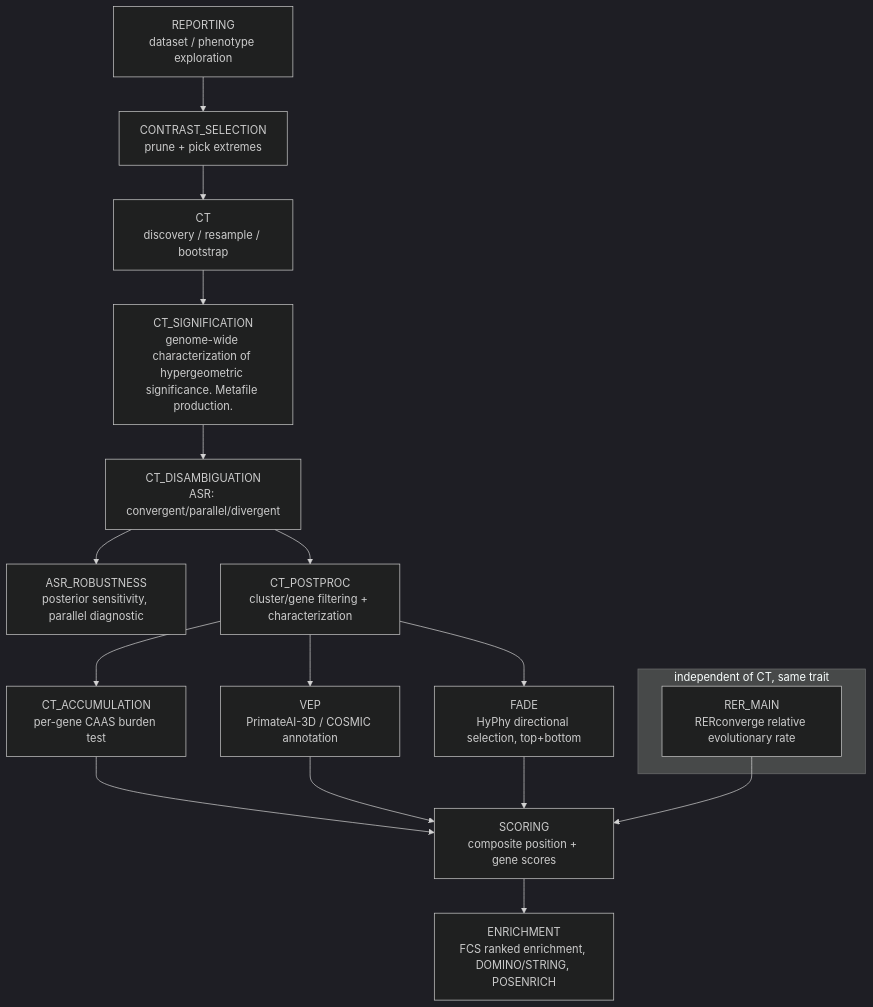
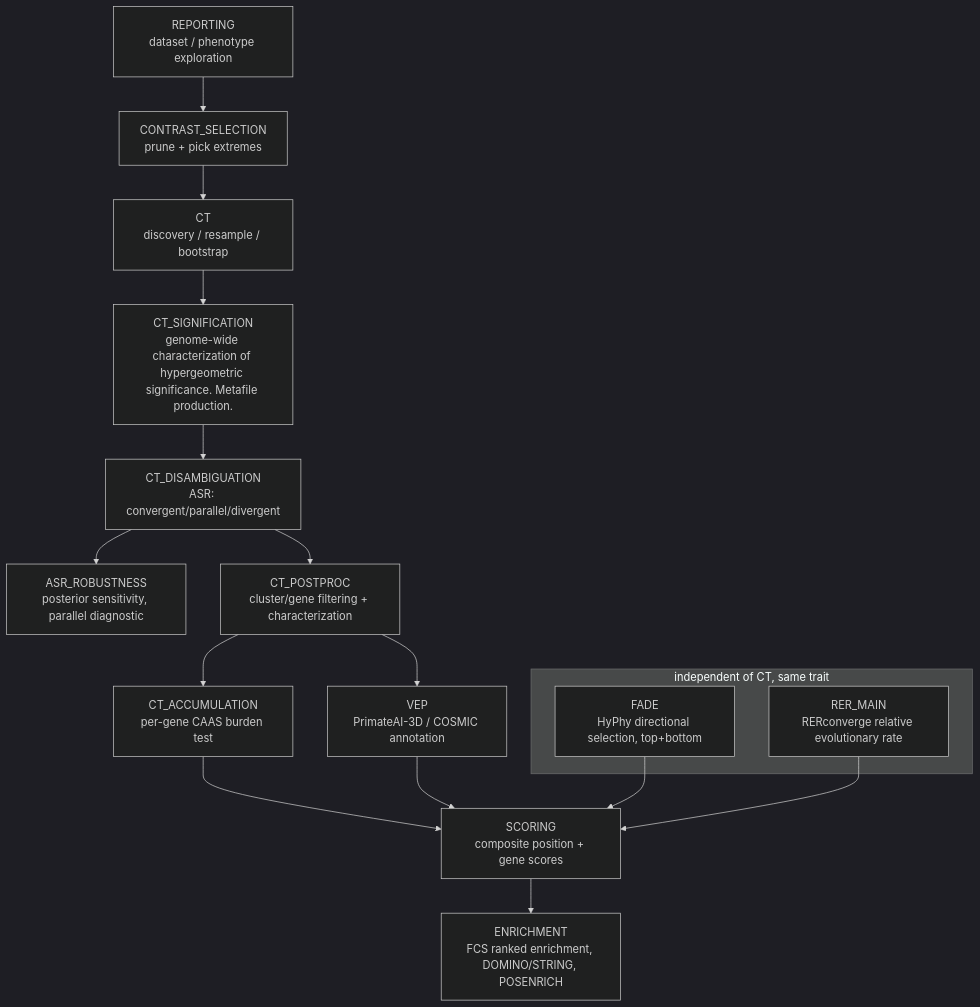
The diagram in README.md (nozerorma/PhyloPhere), drawn with Mermaid (dark theme) before and after one commit.

````diff
--- a/README.md
+++ b/README.md
@@ -87,20 +87,20 @@
 ```mermaid
 flowchart TD
     A[REPORTING\ndataset / phenotype exploration] --> B[CONTRAST_SELECTION\nprune + pick extremes]
     B --> C[CT\ndiscovery / resample / bootstrap]
     C --> D[CT_SIGNIFICATION\ngenome-wide characterization of hypergeometric significance. Metafile production.]
     D --> E[CT_DISAMBIGUATION\nASR: convergent/parallel/divergent]
     E --> E2[ASR_ROBUSTNESS\nposterior sensitivity, parallel diagnostic]
     E --> F[CT_POSTPROC\ncluster/gene filtering + characterization]
     F --> G[CT_ACCUMULATION\nper-gene CAAS burden test]
     F --> H[VEP\nPrimateAI-3D / COSMIC annotation]
-    F --> I[FADE\nHyPhy directional selection, top+bottom]
     subgraph independent[independent of CT, same trait]
+      I[FADE\nHyPhy directional selection, top+bottom]
       J[RER_MAIN\nRERconverge relative evolutionary rate]
     end
     G --> K[SCORING\ncomposite position + gene scores]
     H --> K
     I --> K
     J --> K
     K --> L[ENRICHMENT\nFCS ranked enrichment, DOMINO/STRING, POSENRICH]
 ```
````
